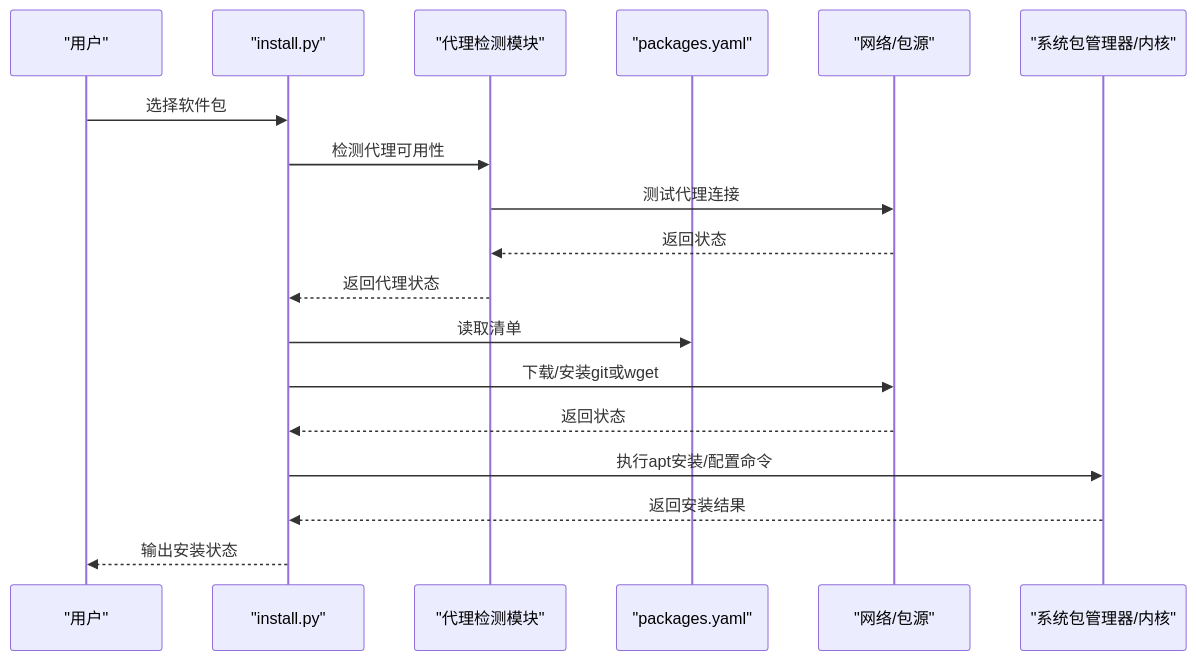
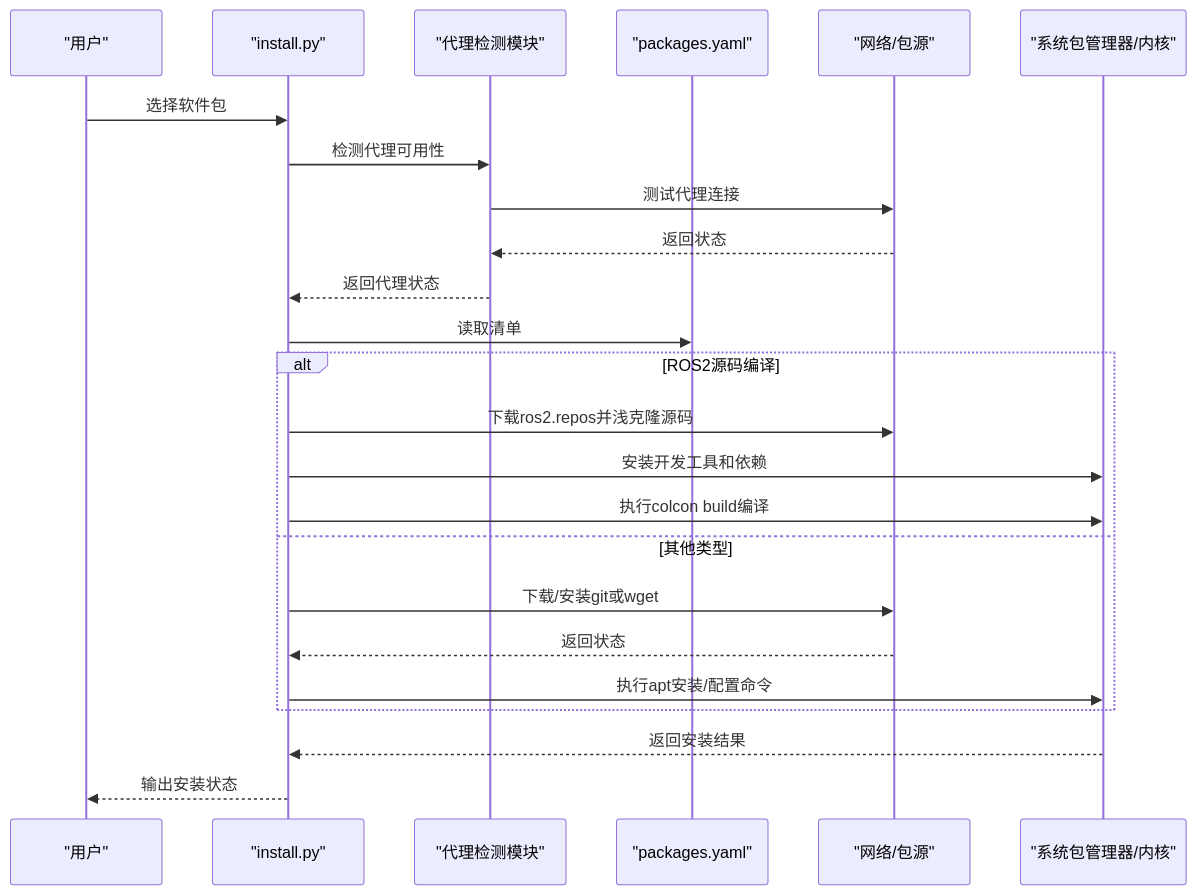
Before and after one commit to firestrongarch/install: the second of 5 diagrams in .qoder/repowiki/zh/content/故障排除.md, drawn with Mermaid. The commit also changed other lines of this file and 3 other files, not shown here.

````diff
--- a/.qoder/repowiki/zh/content/故障排除.md
+++ b/.qoder/repowiki/zh/content/故障排除.md
@@ -112,20 +118,26 @@
 ```mermaid
 sequenceDiagram
 participant User as "用户"
 participant CLI as "install.py"
 participant Proxy as "代理检测模块"
 participant Y as "packages.yaml"
 participant Net as "网络/包源"
 participant Sys as "系统包管理器/内核"
 User->>CLI : 选择软件包
 CLI->>Proxy : 检测代理可用性
 Proxy->>Net : 测试代理连接
 Net-->>Proxy : 返回状态
 Proxy-->>CLI : 返回代理状态
 CLI->>Y : 读取清单
+alt ROS2源码编译
+CLI->>Net : 下载ros2.repos并浅克隆源码
+CLI->>Sys : 安装开发工具和依赖
+CLI->>Sys : 执行colcon build编译
+else 其他类型
 CLI->>Net : 下载/安装git或wget
 Net-->>CLI : 返回状态
 CLI->>Sys : 执行apt安装/配置命令
+end
 Sys-->>CLI : 返回安装结果
 CLI-->>User : 输出安装状态
 ```
````
